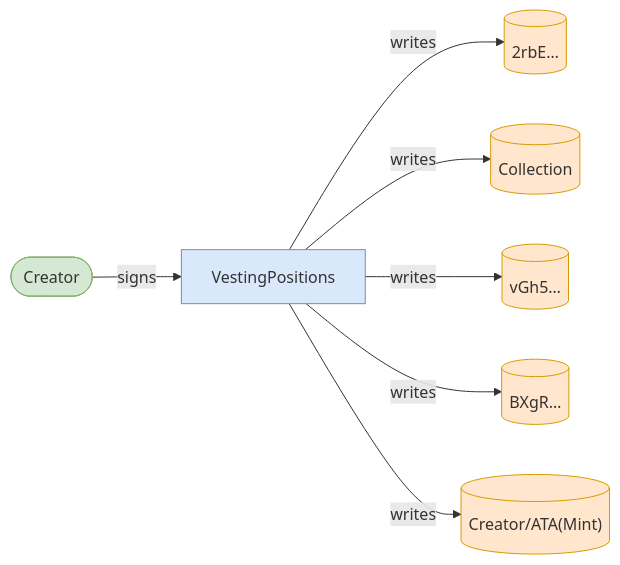
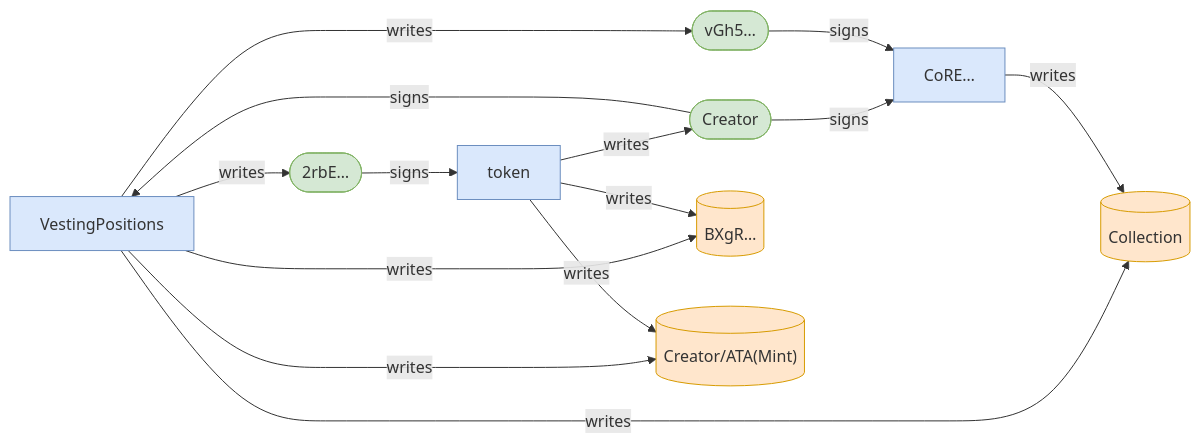
One commit to cds-turbin3/vesting-position changed the second of 3 diagrams in babelfish-tests/test-report/cancel_campaign_returns_deposit_and_closes_accounts.md. Above: the diagram before and after it, drawn with Mermaid. The commit also changed other lines of this file and 50 other files, not shown here.

````diff
--- a/babelfish-tests/test-report/cancel_campaign_returns_deposit_and_closes_accounts.md
+++ b/babelfish-tests/test-report/cancel_campaign_returns_deposit_and_closes_accounts.md
@@ -16,19 +29,28 @@
 ```mermaid
 flowchart LR
     VestingPositions["VestingPositions"]:::program
     Creator(["Creator"]):::signer
-    2rbE[("2rbE…")]:::state
+    2rbE(["2rbE…"]):::signer
     Collection[("Collection")]:::state
-    vGh5[("vGh5…")]:::state
+    vGh5(["vGh5…"]):::signer
     BXgR[("BXgR…")]:::state
     CreatorATAMint[("Creator/ATA(Mint)")]:::state
+    token["token"]:::program
+    CoRE["CoRE…"]:::program
     Creator -->|signs| VestingPositions
     VestingPositions -->|writes| 2rbE
     VestingPositions -->|writes| Collection
     VestingPositions -->|writes| vGh5
     VestingPositions -->|writes| BXgR
     VestingPositions -->|writes| CreatorATAMint
+    token -->|writes| BXgR
+    token -->|writes| CreatorATAMint
+    2rbE -->|signs| token
+    token -->|writes| Creator
+    CoRE -->|writes| Collection
+    Creator -->|signs| CoRE
+    vGh5 -->|signs| CoRE
     classDef program fill:#dae8fc,stroke:#6c8ebf;
     classDef signer fill:#d5e8d4,stroke:#82b366;
     classDef state fill:#ffe6cc,stroke:#d79b00;
 ```
````
